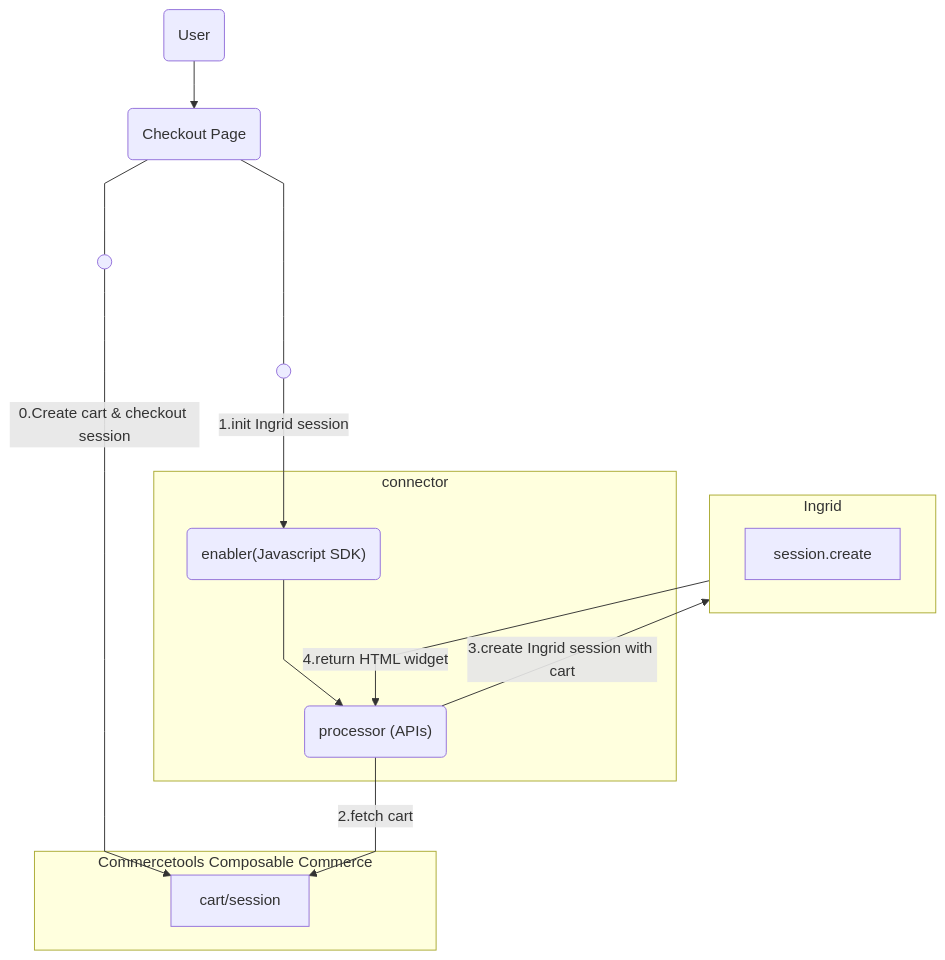
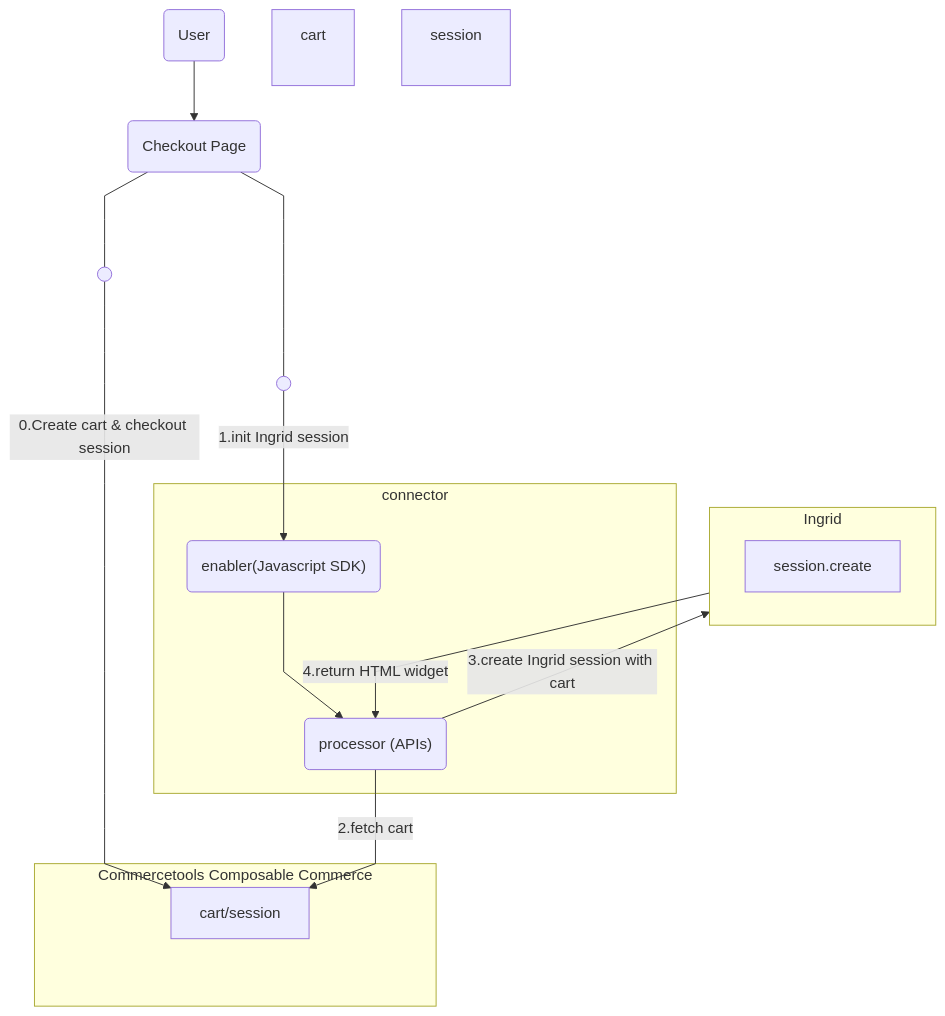
The first of 2 diagrams in README.md (commercetools/connect-shipping-integration-ingrid), drawn with Mermaid before and after one commit. The commit also changed other lines of this file, not shown here.

Commit message:
doc: fix layout of flow chart

````diff
--- a/README.md
+++ b/README.md
@@ -17,25 +17,28 @@
 ```mermaid
 %%{ init : { "theme" : "", "flowchart" : { "defaultRenderer": "dagre-wrapper", "curve" : "linear" }}}%%
 flowchart TD
     node1(( ))
     node2(( ))
     user("User")-->checkout("Checkout Page")
     subgraph connector
         enabler
         processor
     end
     subgraph coco["Commercetools Composable Commerce"]
         cart/session
         
     end
     subgraph shipping["Ingrid"]
         session.create
     end
     checkout----node1
     
     node1--"0.Create cart & checkout session"------>cart/session
     
     checkout("Checkout Page")----node2
     processor("processor (APIs)")--"2.fetch cart"-->cart/session
     node2--"1.init Ingrid session"-->enabler("enabler(Javascript SDK)")-->processor("processor (APIs)")--"3.create Ingrid session with cart"-->shipping("Ingrid")--"4.return HTML widget"-->processor("processor (APIs)")
+    style coco height:150
+    style cart height:80, text-align:center
+    style session height:80, text-align:center
 ```
````
